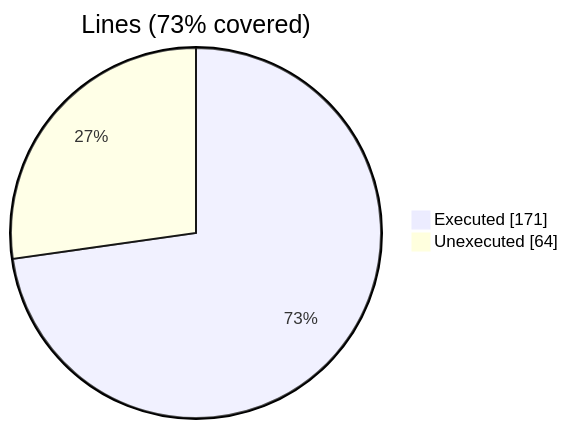
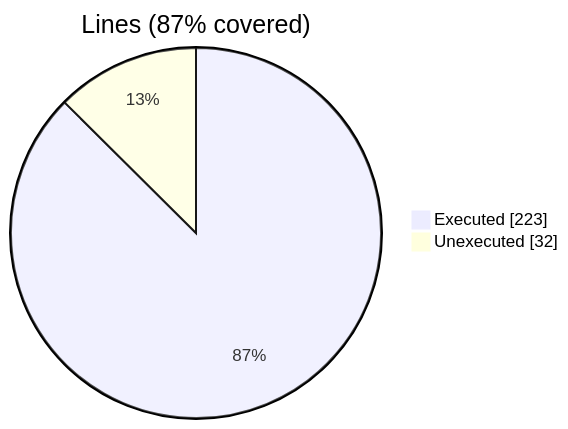
One commit to szaghi/FiNeR changed the first of 2 diagrams in docs/guide/finer_section_t.f90.gcov.md. Above: the diagram before and after it, drawn with Mermaid. The commit also changed other lines of this file and 10 other files, not shown here.

````diff
--- a/docs/guide/finer_section_t.f90.gcov.md
+++ b/docs/guide/finer_section_t.f90.gcov.md
@@ -10,6 +10,6 @@
 ```mermaid
 pie showData
-    title Lines (73% covered)
-    "Executed" : 171
-    "Unexecuted" : 64
+    title Lines (87% covered)
+    "Executed" : 223
+    "Unexecuted" : 32
 ```
````
